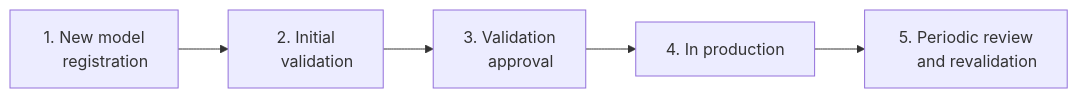
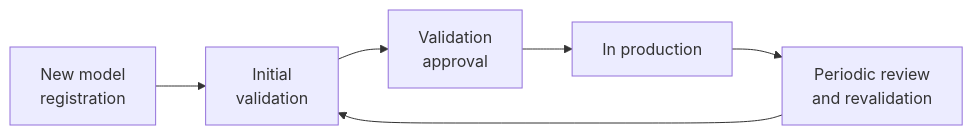
The first of 2 diagrams in site/guide/get-started.qmd (validmind/documentation), drawn with Mermaid before and after one commit. The commit also changed other lines of this file and 12 other files, not shown here.

````diff
--- a/site/guide/get-started.qmd
+++ b/site/guide/get-started.qmd
@@ -46,7 +59,8 @@
 ```{mermaid}
 graph LR
-    A[1. New model<br>&nbsp;&nbsp;&nbsp;&nbsp;&nbsp;registration] --> B[2. Initial<br>&nbsp;&nbsp;&nbsp;&nbsp;&nbsp;validation]
-    B --> C[3. Validation<br>&nbsp;&nbsp;&nbsp;&nbsp;&nbsp;approval]
-    C --> D[4. In production]
-    D --> E[5. Periodic review<br>&nbsp;&nbsp;&nbsp;&nbsp;&nbsp;and revalidation]
+    A[New model<br>registration] --> B[Initial<br>validation]
+    B --> C[Validation<br>approval]
+    C --> D[In production]
+    D --> E[Periodic review<br>and revalidation]
+    E --> B
 ```
````
